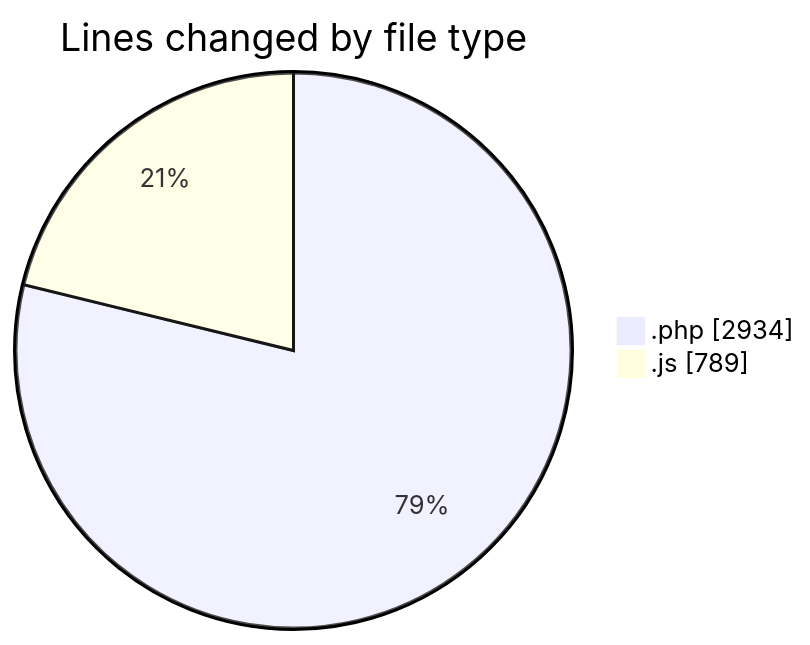
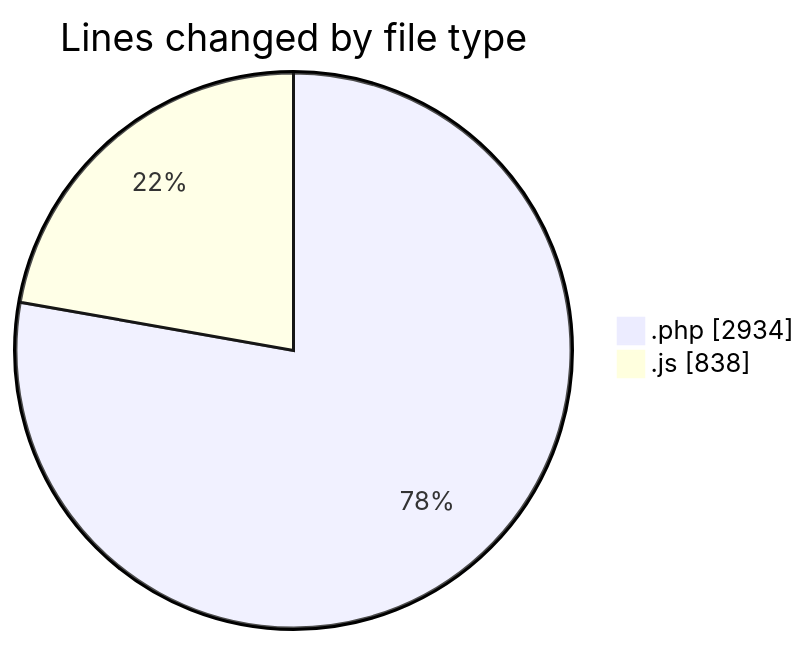
Before and after one commit to debugP/code-tracking: the first of 2 diagrams in 2026-10-20/untitled__workspace_/README.md, drawn with Mermaid. The commit also changed other lines of this file and 1 other file, not shown here.

````diff
--- a/2026-10-20/untitled__workspace_/README.md
+++ b/2026-10-20/untitled__workspace_/README.md
@@ -21,6 +21,6 @@
 ```mermaid
 pie showData
 title Lines changed by file type
 ".php" : 2934
-".js" : 789
+".js" : 838
 ```
````
